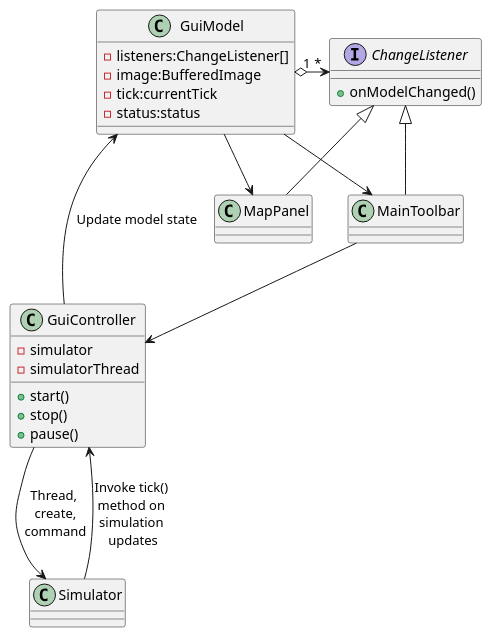
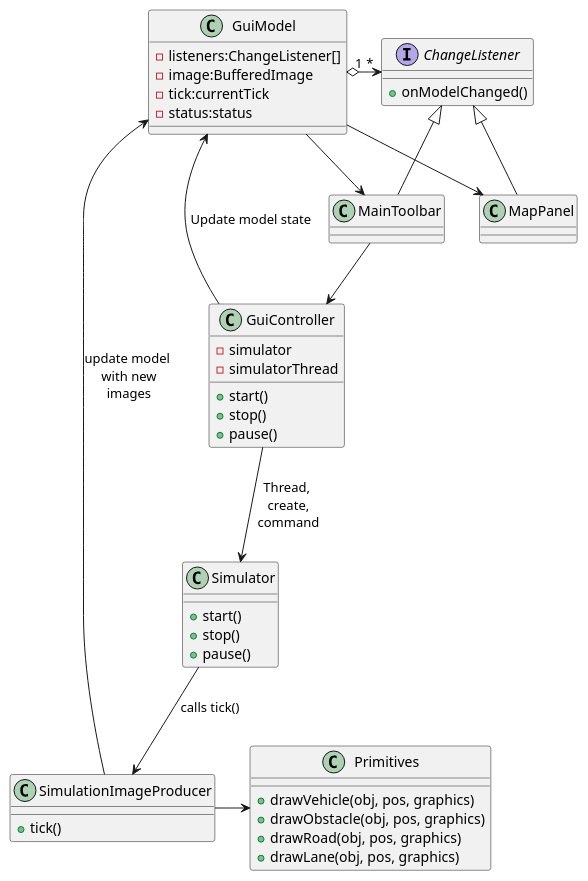
One commit to teamIndexZero/index_zero_trafficsystem changed the diagram in uml_diagrams/GUI.puml. Above: the diagram before and after it, drawn with PlantUML. The commit also changed 1 other file, not shown here.

Commit message:
Descriptive diagram for Kumar.

```diff
--- a/uml_diagrams/GUI.puml
+++ b/uml_diagrams/GUI.puml
@@ -1,45 +1,65 @@
 @startuml
 
 class GuiModel {
   -listeners:ChangeListener[]
   -image:BufferedImage
   -tick:currentTick
   -status:status
 }
 
 interface ChangeListener {
  +onModelChanged()
 }
 
 GuiModel "1" o-> "*" ChangeListener
 
 class GuiController {
  -simulator
  -simulatorThread
  +start()
  +stop()
  +pause()
 }
 
+class SimulationImageProducer {
++tick()
+}
+
+class Primitives {
++drawVehicle(obj, pos, graphics)
++drawObstacle(obj, pos, graphics)
++drawRoad(obj, pos, graphics)
++drawLane(obj, pos, graphics)
+}
+
+Simulator --> SimulationImageProducer: calls tick()
+
+
+GuiModel <-- SimulationImageProducer:update model \nwith new\nimages
+SimulationImageProducer -> Primitives
+
+
 class Simulator {
++start()
++stop()
++pause()
 }
+
 GuiController --> Simulator: Thread, \ncreate,\ncommand
-Simulator --> GuiController: Invoke tick() \nmethod on \nsimulation \nupdates
-
 
 GuiController -> GuiModel: Update model state
 
 class MainToolbar {
 }
 
 class MapPanel {
 }
 
 ChangeListener <|-- MainToolbar
 ChangeListener <|-- MapPanel
 
 MainToolbar <-- GuiModel
 MapPanel <-- GuiModel
 
 MainToolbar --> GuiController
 @enduml
```
